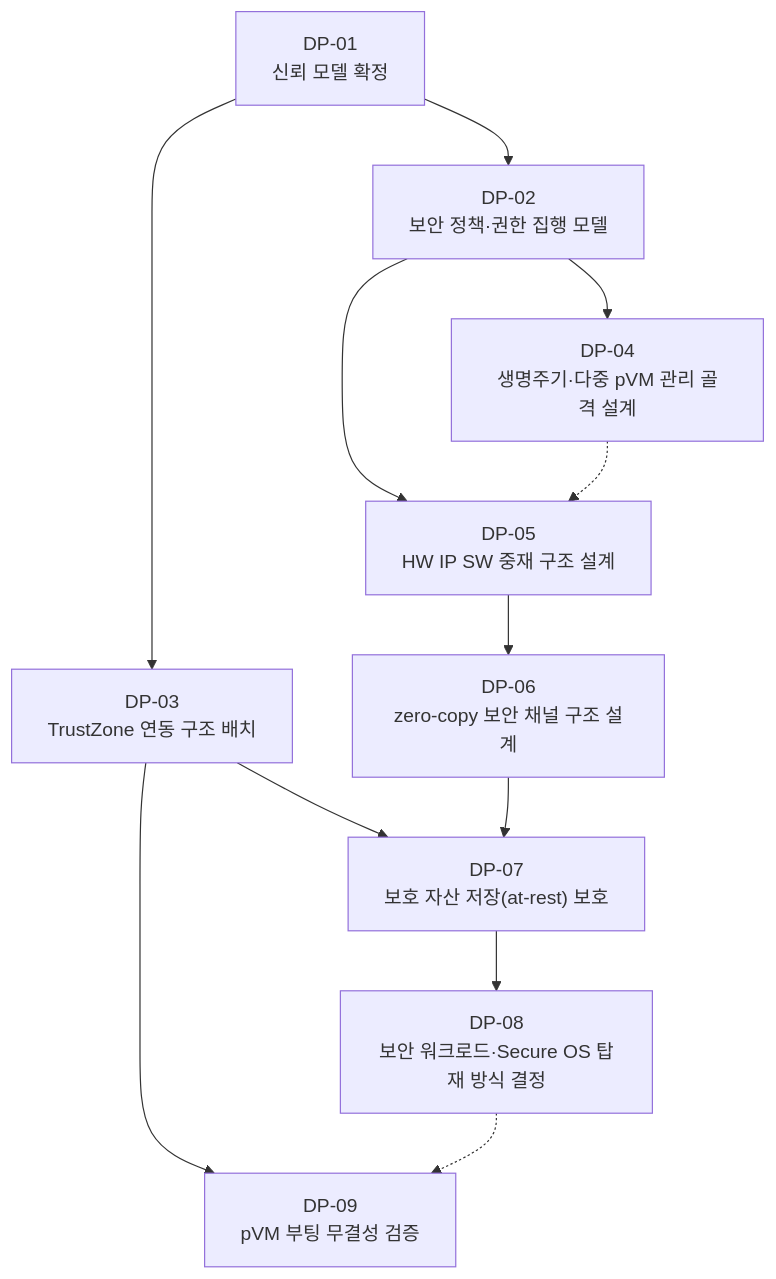
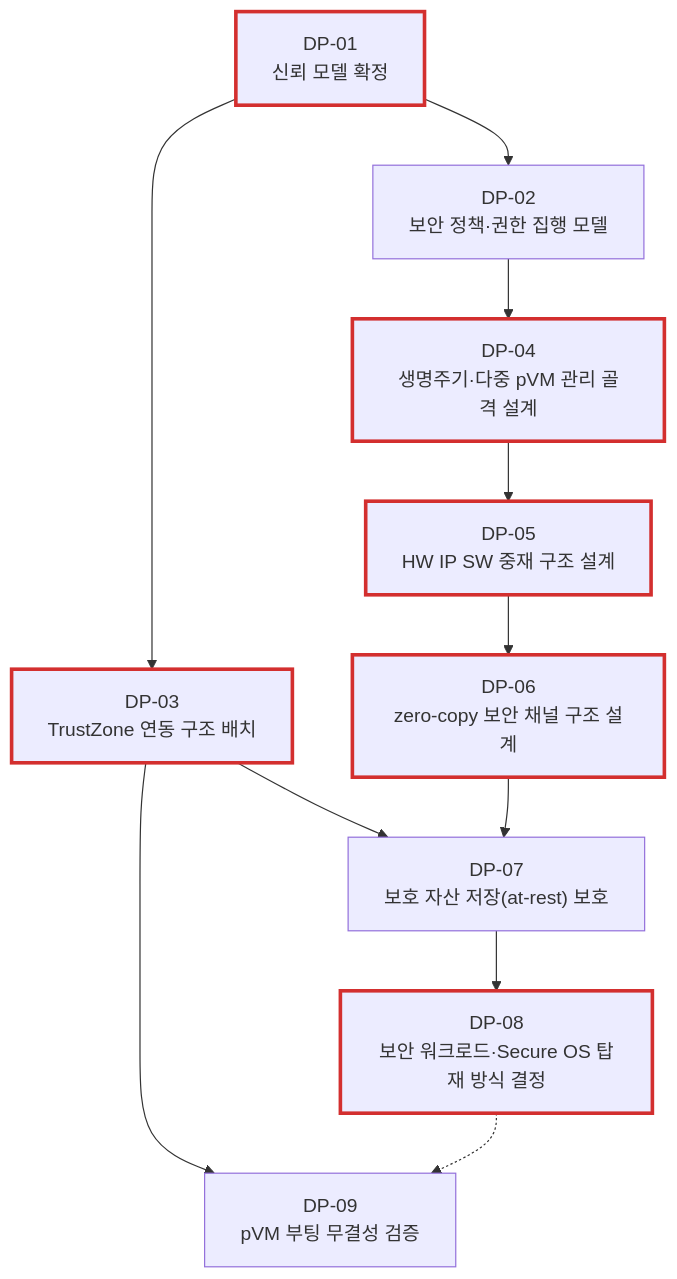
The diagram in docs_fable/05_design_points.md (boram1288/test-p), drawn with Mermaid before and after one commit. The commit also changed other lines of this file, not shown here.

Commit message:
T-연계 DP 빨간 테두리 표시

````diff
--- a/docs_fable/05_design_points.md
+++ b/docs_fable/05_design_points.md
@@ -42,24 +42,26 @@
 ```mermaid
 flowchart TD
     DP01["DP-01<br/>신뢰 모델 확정"]
     DP02["DP-02<br/>보안 정책·권한 집행 모델"]
     DP03["DP-03<br/>TrustZone 연동 구조 배치"]
     DP04["DP-04<br/>생명주기·다중 pVM 관리 골격 설계"]
     DP05["DP-05<br/>HW IP SW 중재 구조 설계"]
     DP06["DP-06<br/>zero-copy 보안 채널 구조 설계"]
     DP07["DP-07<br/>보호 자산 저장(at-rest) 보호"]
     DP08["DP-08<br/>보안 워크로드·Secure OS 탑재 방식 결정"]
     DP09["DP-09<br/>pVM 부팅 무결성 검증"]
 
+    classDef tLinked stroke:#d32f2f,stroke-width:3px
+    class DP01,DP03,DP04,DP05,DP06,DP08 tLinked
+
     DP01 --> DP02
     DP01 --> DP03
     DP02 --> DP04
-    DP02 --> DP05
-    DP04 -.-> DP05
+    DP04 --> DP05
     DP05 --> DP06
     DP03 --> DP07
     DP06 --> DP07
     DP07 --> DP08
     DP03 --> DP09
     DP08 -.-> DP09
 ```
````
